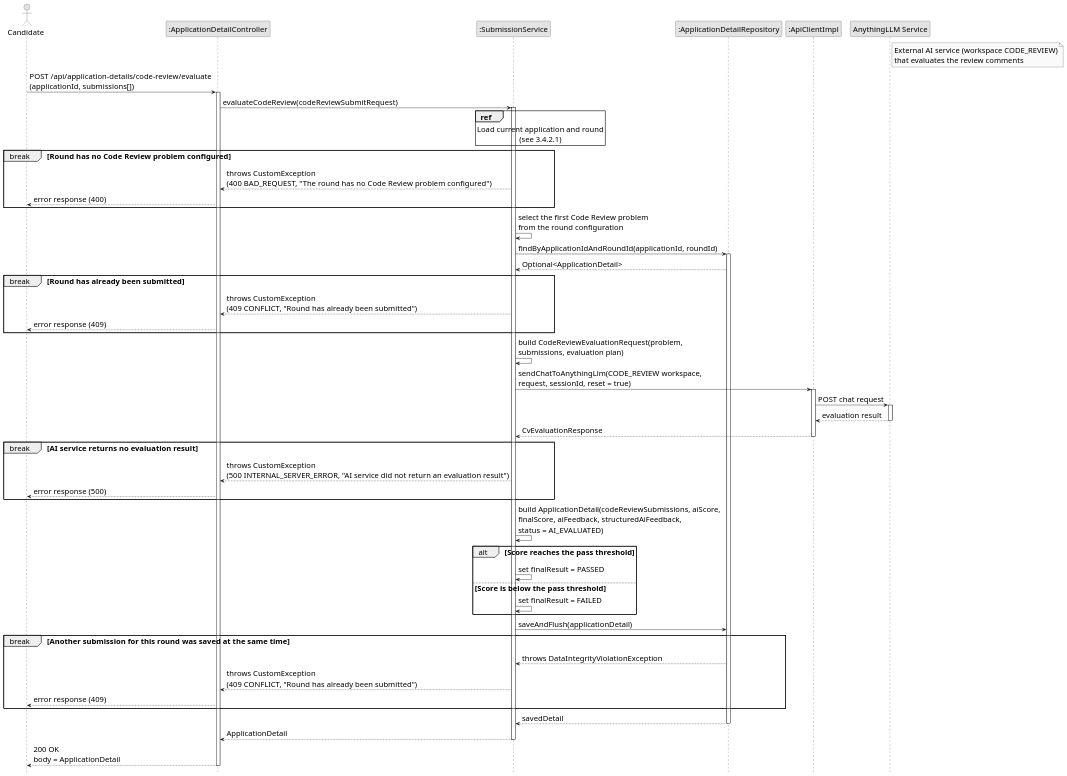
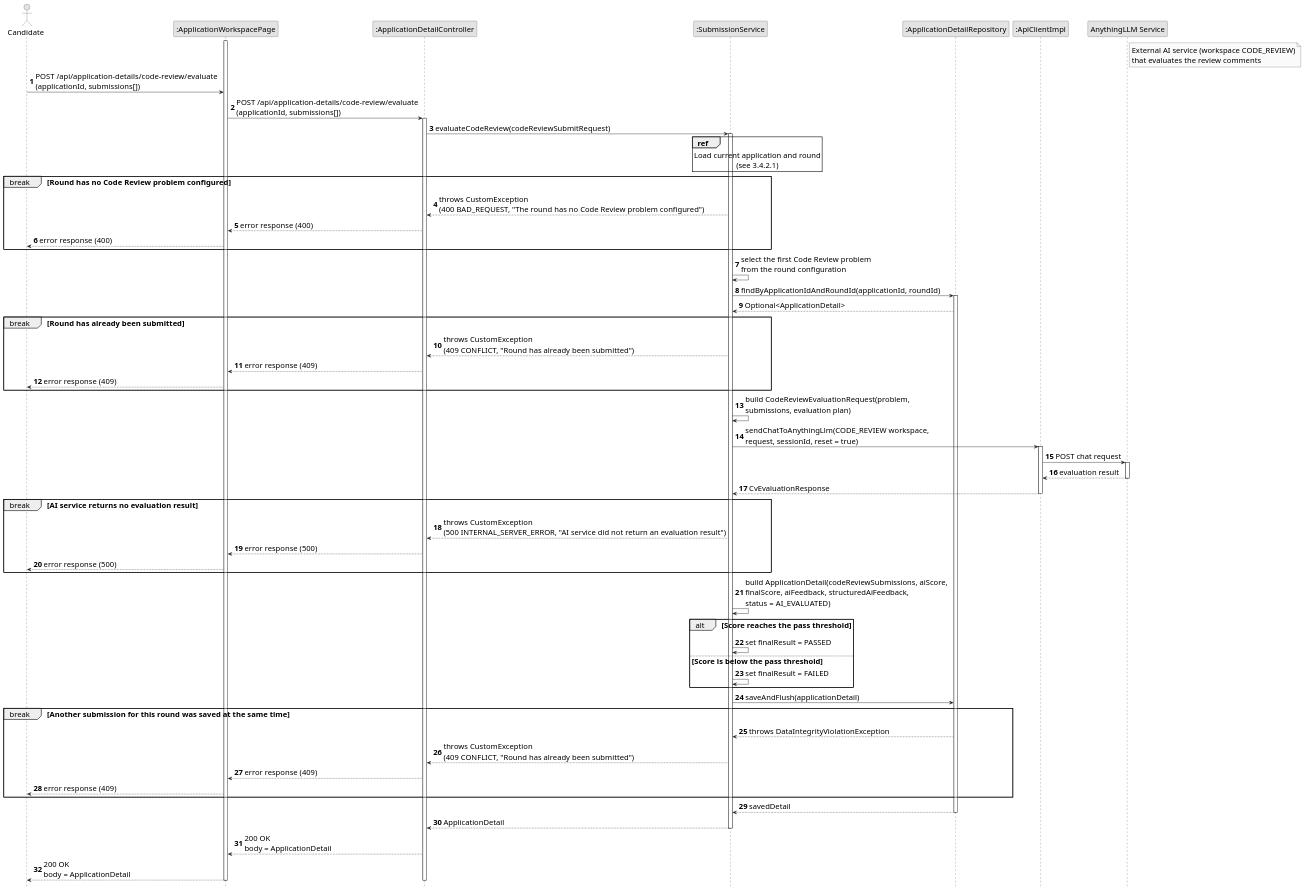
The diagram in diagram/sequence/sequence-3.4.2.4.puml (Kdz198/Inblue), drawn with PlantUML before and after one commit. The commit also changed 35 other files, not shown here.

Commit message:
feat: update sequence diagrams to include client interactions and improve clarity

```diff
--- a/diagram/sequence/sequence-3.4.2.4.puml
+++ b/diagram/sequence/sequence-3.4.2.4.puml
@@ -1,100 +1,113 @@
 @startuml SubmitCodeReviewAssessment
 skinparam monochrome true
 skinparam shadowing false
 skinparam defaultFontSize 20
 
 ' Do not repeat participant boxes at the bottom of the diagram
 hide footbox
 
 <style>
 sequenceDiagram {
   groupHeader {
     FontStyle plain
   }
 }
 </style>
 
+autonumber
+
 actor "Candidate" as Candidate
+participant ":ApplicationWorkspacePage" as Client
 participant ":ApplicationDetailController" as Controller
 participant ":SubmissionService" as SubService
 participant ":ApplicationDetailRepository" as DetailRepo
 participant ":ApiClientImpl" as ApiClient
 participant "AnythingLLM Service" as LlmService
 
 note right of LlmService
   External AI service (workspace CODE_REVIEW)
   that evaluates the review comments
 end note
 
-Candidate -> Controller : POST /api/application-details/code-review/evaluate\n(applicationId, submissions[])
+activate Client
+
+Candidate -> Client : POST /api/application-details/code-review/evaluate\n(applicationId, submissions[])
+Client -> Controller : POST /api/application-details/code-review/evaluate\n(applicationId, submissions[])
 activate Controller
 
 Controller -> SubService : evaluateCodeReview(codeReviewSubmitRequest)
 activate SubService
 
 ' ===================== Load current round and validate configuration =====================
 
 ref over SubService : Load current application and round\n(see 3.4.2.1)
 
 break Round has no Code Review problem configured
     SubService --> Controller : throws CustomException\n(400 BAD_REQUEST, "The round has no Code Review problem configured")
-    Controller --> Candidate : error response (400)
+    Controller --> Client : error response (400)
+    Client --> Candidate : error response (400)
 end
 
 SubService -> SubService : select the first Code Review problem\nfrom the round configuration
 
 SubService -> DetailRepo : findByApplicationIdAndRoundId(applicationId, roundId)
 activate DetailRepo
 DetailRepo --> SubService : Optional<ApplicationDetail>
 
 break Round has already been submitted
     SubService --> Controller : throws CustomException\n(409 CONFLICT, "Round has already been submitted")
-    Controller --> Candidate : error response (409)
+    Controller --> Client : error response (409)
+    Client --> Candidate : error response (409)
 end
 
 ' ===================== Evaluate review comments with the AI service =====================
 
 SubService -> SubService : build CodeReviewEvaluationRequest(problem,\nsubmissions, evaluation plan)
 
 SubService -> ApiClient : sendChatToAnythingLlm(CODE_REVIEW workspace,\nrequest, sessionId, reset = true)
 activate ApiClient
 ApiClient -> LlmService : POST chat request
 activate LlmService
 LlmService --> ApiClient : evaluation result
 deactivate LlmService
 ApiClient --> SubService : CvEvaluationResponse
 deactivate ApiClient
 
 break AI service returns no evaluation result
     SubService --> Controller : throws CustomException\n(500 INTERNAL_SERVER_ERROR, "AI service did not return an evaluation result")
-    Controller --> Candidate : error response (500)
+    Controller --> Client : error response (500)
+    Client --> Candidate : error response (500)
 end
 
 ' ===================== Build and save the result =====================
 
 SubService -> SubService : build ApplicationDetail(codeReviewSubmissions, aiScore,\nfinalScore, aiFeedback, structuredAiFeedback,\nstatus = AI_EVALUATED)
 
 alt Score reaches the pass threshold
     SubService -> SubService : set finalResult = PASSED
 else Score is below the pass threshold
     SubService -> SubService : set finalResult = FAILED
 end
 
 SubService -> DetailRepo : saveAndFlush(applicationDetail)
 
 break Another submission for this round was saved at the same time
     DetailRepo --> SubService : throws DataIntegrityViolationException
     SubService --> Controller : throws CustomException\n(409 CONFLICT, "Round has already been submitted")
-    Controller --> Candidate : error response (409)
+    Controller --> Client : error response (409)
+    Client --> Candidate : error response (409)
 end
 
 DetailRepo --> SubService : savedDetail
 deactivate DetailRepo
 
 SubService --> Controller : ApplicationDetail
 deactivate SubService
 
-Controller --> Candidate : 200 OK\nbody = ApplicationDetail
+Controller --> Client : 200 OK\nbody = ApplicationDetail
+Client --> Candidate : 200 OK\nbody = ApplicationDetail
 deactivate Controller
 
+deactivate Client
+
 @enduml
```
